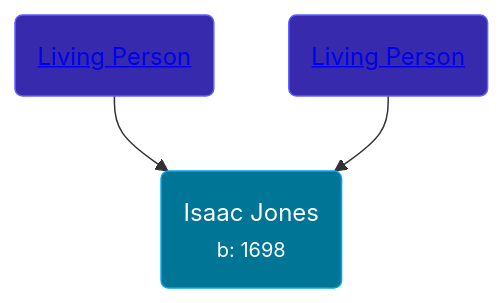
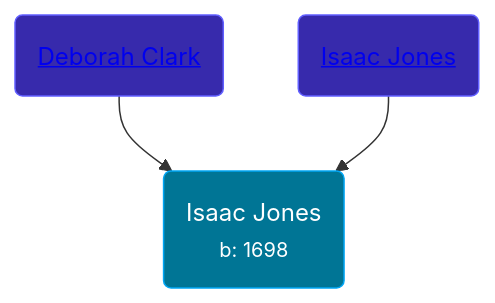
Before and after one commit to wpmgotkh/wpmgotkh.github.io: the diagram in pages/people/7/77695552.md, drawn with Mermaid. The commit also changed other lines of this file and 586 other files, not shown here.

Commit message:
feat: better shouldConsiderPersonLiving algo

````diff
--- a/pages/people/7/77695552.md
+++ b/pages/people/7/77695552.md
@@ -10,9 +10,9 @@
 ```mermaid
 graph
 classDef grands fill:#193cb8,stroke:#2b7fff,stroke-width:1px,color:#fff;
 classDef parents fill:#372aac,stroke:#615fff,stroke-width:1px,color:#fff;
 classDef primary fill:#007595,stroke:#00a6f4,stroke-width:1px,color:#fff;
 77695552(Isaac Jones<br /><small>b: 1698</small>):::primary
-1648568(<a class="text-white" href="/people/1/1648568">Living Person</a>):::parents-->77695552
-74416956(<a class="text-white" href="/people/7/74416956">Living Person</a>):::parents-->77695552
+1648568(<a class="text-white" href="/people/1/1648568">Deborah Clark</a>):::parents-->77695552
+74416956(<a class="text-white" href="/people/7/74416956">Isaac Jones</a>):::parents-->77695552
 ```
````
